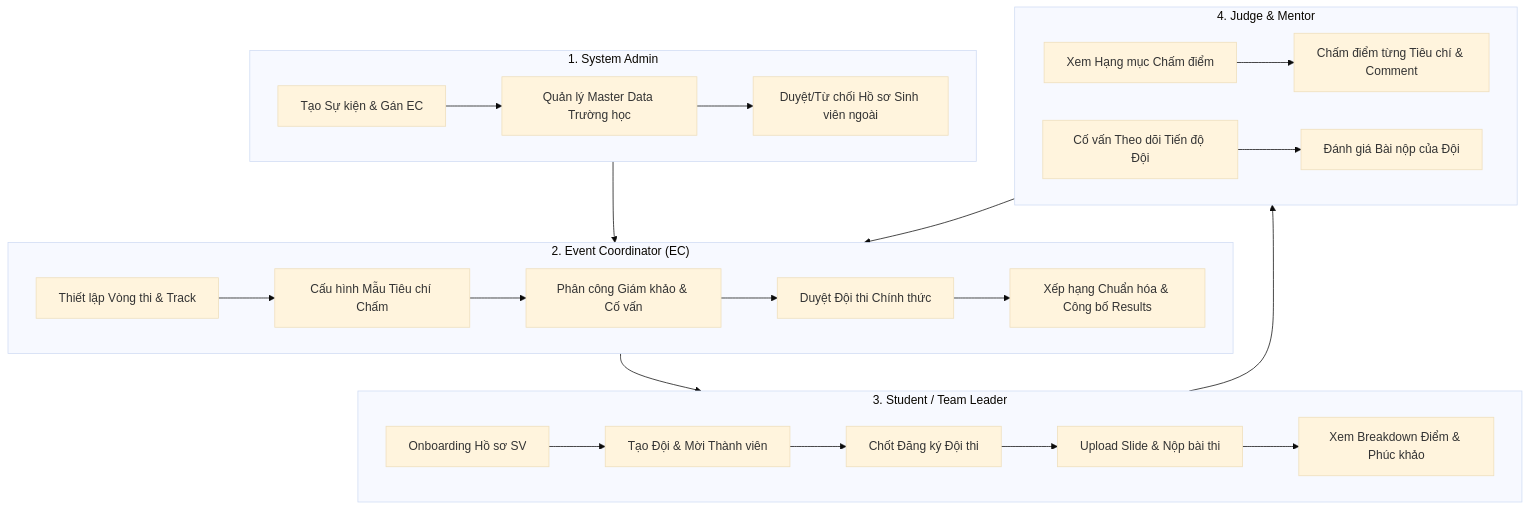
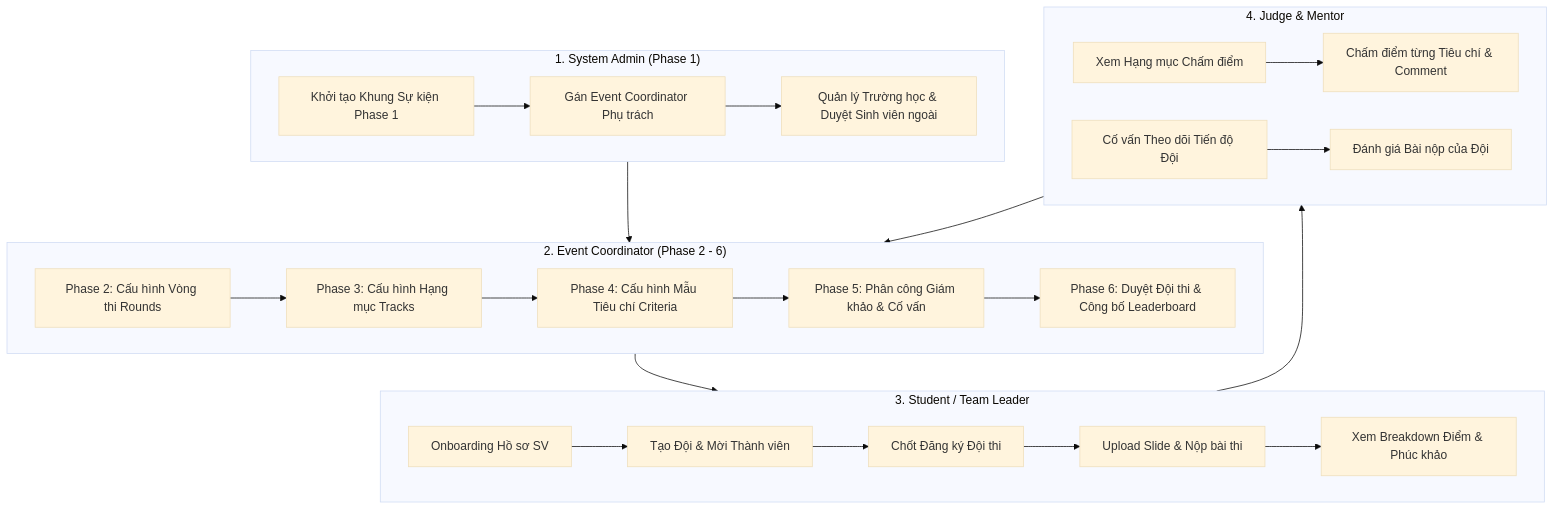
One commit to SU26-SWP-BL3W/SU26_SWP_BL3W_FE changed the diagram in process.md. Above: the diagram before and after it, drawn with Mermaid (base theme). The commit also changed other lines of this file and 6 other files, not shown here.

Commit message:
fix: event creation flow with new repositories, UI components, and admin wizard views

````diff
--- a/process.md
+++ b/process.md
@@ -23,31 +27,31 @@
 ```mermaid
 graph TD
-    subgraph Admin ["1. System Admin"]
-        A1[Tạo Sự kiện & Gán EC] --> A2[Quản lý Master Data Trường học]
-        A2 --> A3[Duyệt/Từ chối Hồ sơ Sinh viên ngoài]
+    subgraph Admin ["1. System Admin (Phase 1)"]
+        A1[Khởi tạo Khung Sự kiện Phase 1] --> A2[Gán Event Coordinator Phụ trách]
+        A2 --> A3[Quản lý Trường học & Duyệt Sinh viên ngoài]
     end
 
-    subgraph EC ["2. Event Coordinator (EC)"]
-        E1[Thiết lập Vòng thi & Track] --> E2[Cấu hình Mẫu Tiêu chí Chấm]
-        E2 --> E3[Phân công Giám khảo & Cố vấn]
-        E3 --> E4[Duyệt Đội thi Chính thức]
-        E4 --> E5[Xếp hạng Chuẩn hóa & Công bố Results]
+    subgraph EC ["2. Event Coordinator (Phase 2 - 6)"]
+        E1[Phase 2: Cấu hình Vòng thi Rounds] --> E2[Phase 3: Cấu hình Hạng mục Tracks]
+        E2 --> E3[Phase 4: Cấu hình Mẫu Tiêu chí Criteria]
+        E3 --> E4[Phase 5: Phân công Giám khảo & Cố vấn]
+        E4 --> E5[Phase 6: Duyệt Đội thi & Công bố Leaderboard]
     end
 
     subgraph Student ["3. Student / Team Leader"]
         S1[Onboarding Hồ sơ SV] --> S2[Tạo Đội & Mời Thành viên]
         S2 --> S3[Chốt Đăng ký Đội thi]
         S3 --> S4[Upload Slide & Nộp bài thi]
         S4 --> S5[Xem Breakdown Điểm & Phúc khảo]
     end
 
     subgraph Judge ["4. Judge & Mentor"]
         J1[Xem Hạng mục Chấm điểm] --> J2[Chấm điểm từng Tiêu chí & Comment]
         J3[Cố vấn Theo dõi Tiến độ Đội] --> J4[Đánh giá Bài nộp của Đội]
     end
 
     Admin --> EC
     EC --> Student
     Student --> Judge
     Judge --> EC
 ```
````
